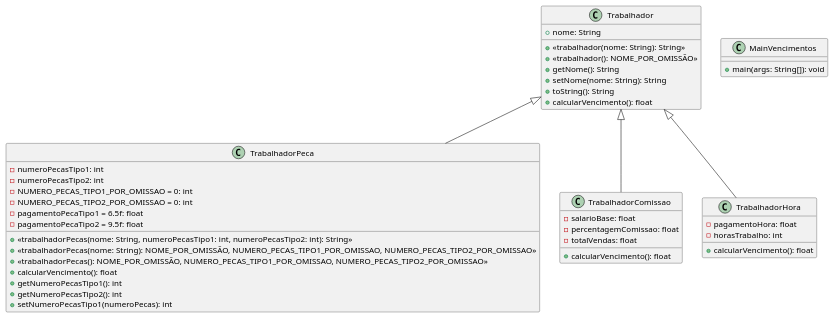
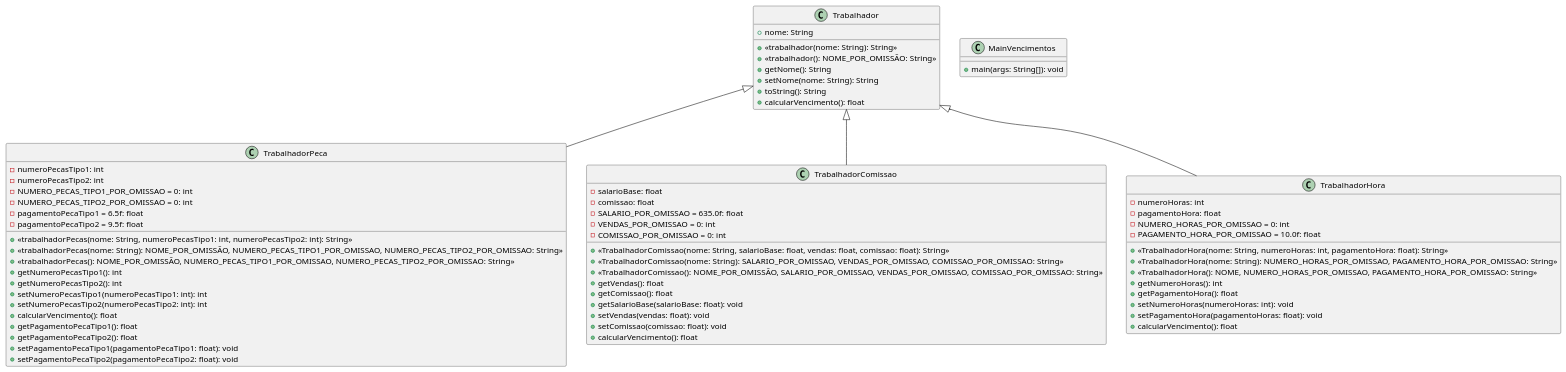
Before and after one commit to JFCarneiro99/LEI_ISEP: the diagram in SEMESTRE_2/PPROG_/Vencimentos/src/main/java/org/example/Vencimento.puml, drawn with PlantUML.

Commit message:
diagrama de classes exercicio vencimento

```diff
--- a/SEMESTRE_2/PPROG_/Vencimentos/src/main/java/org/example/Vencimento.puml
+++ b/SEMESTRE_2/PPROG_/Vencimentos/src/main/java/org/example/Vencimento.puml
@@ -1,49 +1,72 @@
 @startuml
 class Trabalhador {
     + nome: String
     + «trabalhador(nome: String): String»
-    + «trabalhador(): NOME_POR_OMISSÃO»
+    + «trabalhador(): NOME_POR_OMISSÃO: String»
     + getNome(): String
     + setNome(nome: String): String
     + toString(): String
     + calcularVencimento(): float
 }
 
 class TrabalhadorPeca {
     - numeroPecasTipo1: int
     - numeroPecasTipo2: int
     - NUMERO_PECAS_TIPO1_POR_OMISSAO = 0: int
     - NUMERO_PECAS_TIPO2_POR_OMISSAO = 0: int
     - pagamentoPecaTipo1 = 6.5f: float
     - pagamentoPecaTipo2 = 9.5f: float
     + «trabalhadorPecas(nome: String, numeroPecasTipo1: int, numeroPecasTipo2: int): String»
-    + «trabalhadorPecas(nome: String): NOME_POR_OMISSÃO, NUMERO_PECAS_TIPO1_POR_OMISSAO, NUMERO_PECAS_TIPO2_POR_OMISSAO»
-    + «trabalhadorPecas(): NOME_POR_OMISSÃO, NUMERO_PECAS_TIPO1_POR_OMISSAO, NUMERO_PECAS_TIPO2_POR_OMISSAO»
-    + calcularVencimento(): float
+    + «trabalhadorPecas(nome: String): NOME_POR_OMISSÃO, NUMERO_PECAS_TIPO1_POR_OMISSAO, NUMERO_PECAS_TIPO2_POR_OMISSAO: String»
+    + «trabalhadorPecas(): NOME_POR_OMISSÃO, NUMERO_PECAS_TIPO1_POR_OMISSAO, NUMERO_PECAS_TIPO2_POR_OMISSAO: String»
     + getNumeroPecasTipo1(): int
     + getNumeroPecasTipo2(): int
-    + setNumeroPecasTipo1(numeroPecas): int
-
+    + setNumeroPecasTipo1(numeroPecasTipo1: int): int
+    + setNumeroPecasTipo2(numeroPecasTipo2: int): int
+    + calcularVencimento(): float
+    + getPagamentoPecaTipo1(): float
+    + getPagamentoPecaTipo2(): float
+    + setPagamentoPecaTipo1(pagamentoPecaTipo1: float): void
+    + setPagamentoPecaTipo2(pagamentoPecaTipo2: float): void
 }
 
 class TrabalhadorComissao {
     - salarioBase: float
-    - percentagemComissao: float
-    - totalVendas: float
+    - comissao: float
+    - SALARIO_POR_OMISSAO = 635.0f: float
+    - VENDAS_POR_OMISSAO = 0: int
+    - COMISSAO_POR_OMISSAO = 0: int
+    + «TrabalhadorComissao(nome: String, salarioBase: float, vendas: float, comissao: float): String»
+    + «TrabalhadorComissao(nome: String): SALARIO_POR_OMISSAO, VENDAS_POR_OMISSAO, COMISSAO_POR_OMISSAO: String»
+    + «TrabalhadorComissao(): NOME_POR_OMISSÃO, SALARIO_POR_OMISSAO, VENDAS_POR_OMISSAO, COMISSAO_POR_OMISSAO: String»
+    + getVendas(): float
+    + getComissao(): float
+    + getSalarioBase(salarioBase: float): void
+    + setVendas(vendas: float): void
+    + setComissao(comissao: float): void
     + calcularVencimento(): float
 }
 
 class TrabalhadorHora {
+    - numeroHoras: int
     - pagamentoHora: float
-    - horasTrabalho: int
+    - NUMERO_HORAS_POR_OMISSAO = 0: int
+    - PAGAMENTO_HORA_POR_OMISSAO = 10.0f: float
+    + «TrabalhadorHora(nome: String, numeroHoras: int, pagamentoHora: float): String»
+    + «TrabalhadorHora(nome: String): NUMERO_HORAS_POR_OMISSAO, PAGAMENTO_HORA_POR_OMISSAO: String»
+    + «TrabalhadorHora(): NOME, NUMERO_HORAS_POR_OMISSAO, PAGAMENTO_HORA_POR_OMISSAO: String»
+    + getNumeroHoras(): int
+    + getPagamentoHora(): float
+    + setNumeroHoras(numeroHoras: int): void
+    + setPagamentoHora(pagamentoHoras: float): void
     + calcularVencimento(): float
 }
 
 class MainVencimentos {
     + main(args: String[]): void
 }
 
 Trabalhador <|-- TrabalhadorPeca
 Trabalhador <|-- TrabalhadorComissao
 Trabalhador <|-- TrabalhadorHora
 @enduml
```
